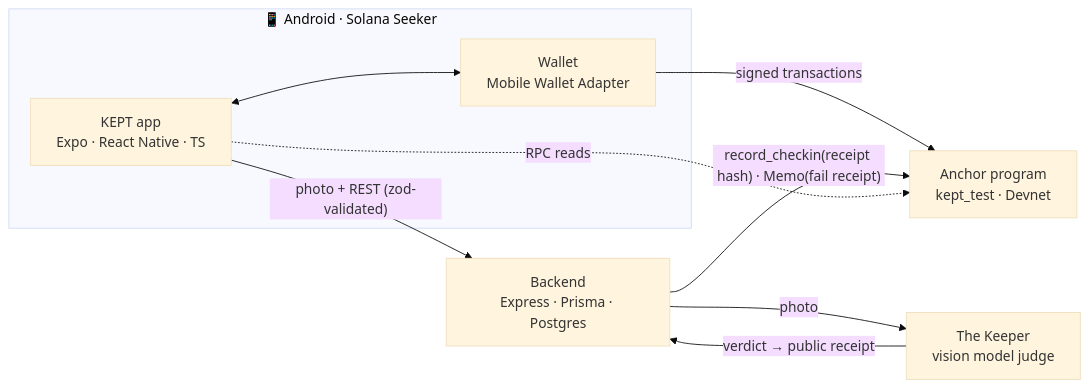
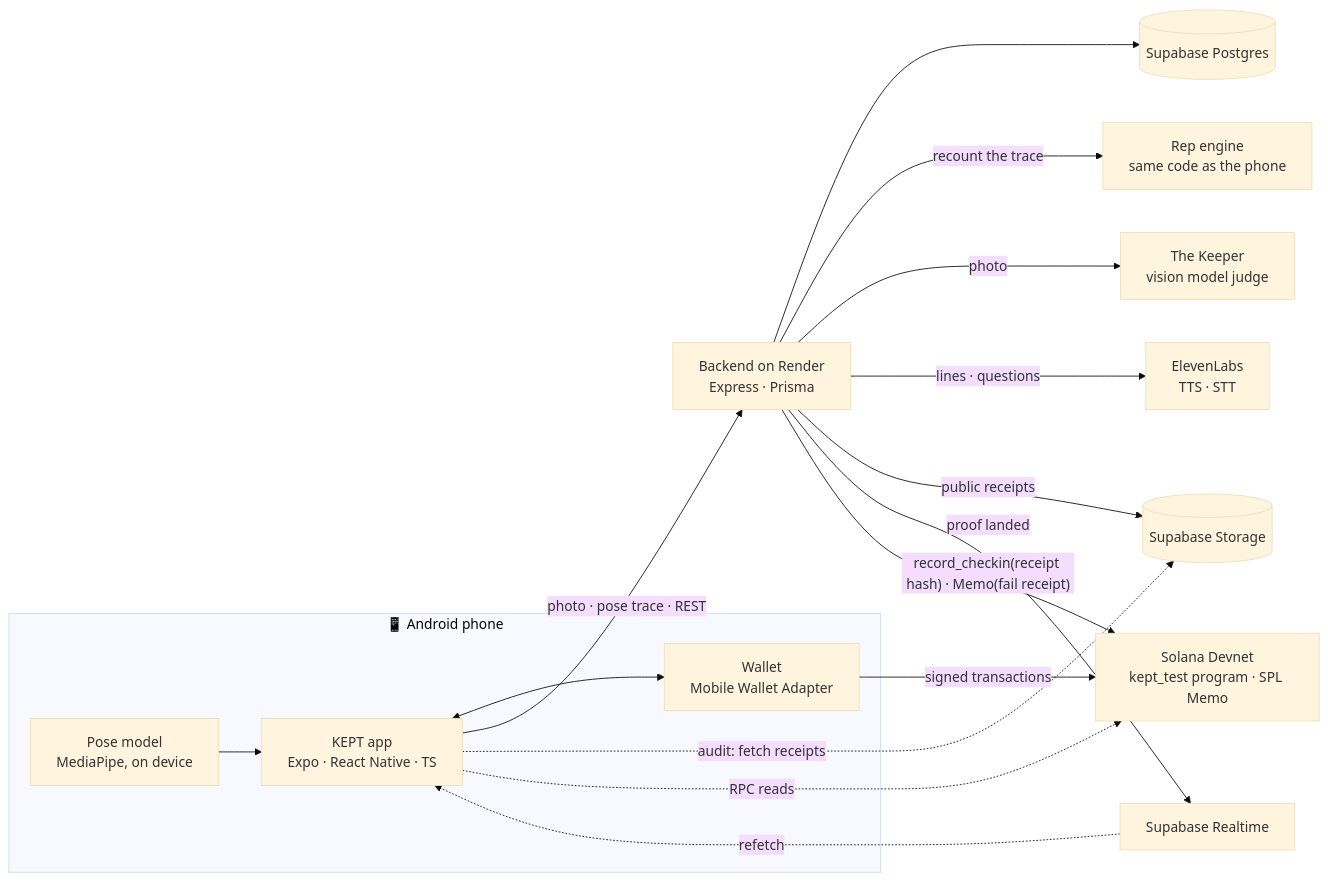
Before and after one commit to ekanshvcpkg/KEPT-DAPP: the diagram in README.md, drawn with Mermaid (base theme). The commit also changed other lines of this file and 7 other files, not shown here.

````diff
--- a/README.md
+++ b/README.md
@@ -199,14 +259,22 @@
 ```mermaid
 flowchart LR
-  subgraph Phone["📱 Android · Solana Seeker"]
+  subgraph Phone["📱 Android phone"]
     App["KEPT app<br/>Expo · React Native · TS"]
+    Pose["Pose model<br/>MediaPipe, on device"]
     Wallet["Wallet<br/>Mobile Wallet Adapter"]
+    Pose --> App
     App <--> Wallet
   end
-  App -- "photo + REST (zod-validated)" --> API["Backend<br/>Express · Prisma · Postgres"]
+  App -- "photo · pose trace · REST" --> API["Backend on Render<br/>Express · Prisma"]
+  API --> DB[("Supabase Postgres")]
+  API -- "recount the trace" --> Engine["Rep engine<br/>same code as the phone"]
   API -- "photo" --> Keeper["The Keeper<br/>vision model judge"]
-  Keeper -- "verdict → public receipt" --> API
-  Wallet -- "signed transactions" --> Program["Anchor program<br/>kept_test · Devnet"]
+  API -- "lines · questions" --> Eleven["ElevenLabs<br/>TTS · STT"]
+  API -- "public receipts" --> Storage[("Supabase Storage")]
+  API -- "proof landed" --> RT["Supabase Realtime"]
+  RT -. "refetch" .-> App
+  Wallet -- "signed transactions" --> Program["Solana Devnet<br/>kept_test program · SPL Memo"]
   API -- "record_checkin(receipt hash) · Memo(fail receipt)" --> Program
+  App -. "audit: fetch receipts" .-> Storage
   App -. "RPC reads" .-> Program
 ```
````
